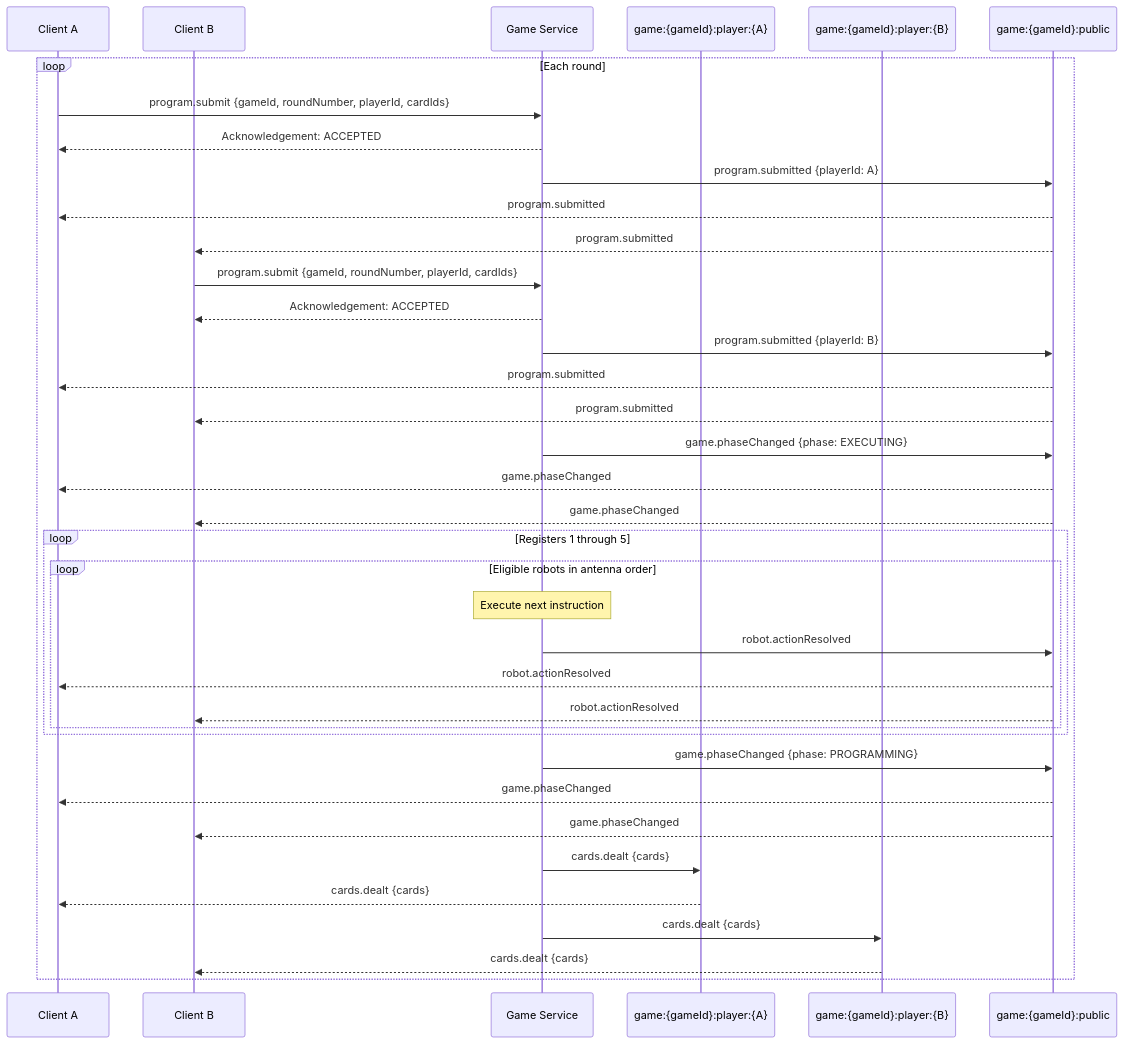
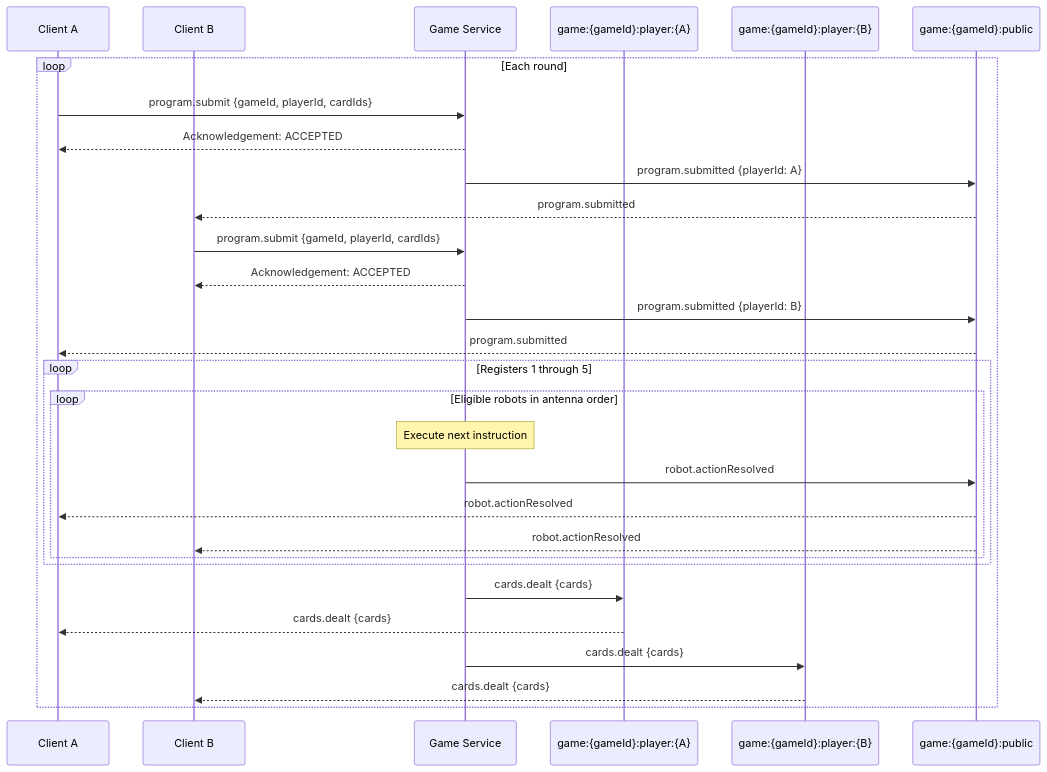
One commit to hananinas/RoboRally changed the second of 2 diagrams in docs/Communication.md. Above: the diagram before and after it, drawn with Mermaid. The commit also changed other lines of this file and 2 other files, not shown here.

````diff
--- a/docs/Communication.md
+++ b/docs/Communication.md
@@ -62,43 +60,34 @@
 ```mermaid
 sequenceDiagram
     participant A as Client A
     participant B as Client B
     participant Server as Game Service
     participant PrivateA as game:{gameId}:player:{A}
     participant PrivateB as game:{gameId}:player:{B}
     participant Public as game:{gameId}:public
 
     loop Each round
-        A->>Server: program.submit {gameId, roundNumber, playerId, cardIds}
+        A->>Server: program.submit {gameId, playerId, cardIds}
         Server-->>A: Acknowledgement: ACCEPTED
         Server->>Public: program.submitted {playerId: A}
-        Public-->>A: program.submitted
         Public-->>B: program.submitted
 
-        B->>Server: program.submit {gameId, roundNumber, playerId, cardIds}
+        B->>Server: program.submit {gameId, playerId, cardIds}
         Server-->>B: Acknowledgement: ACCEPTED
         Server->>Public: program.submitted {playerId: B}
         Public-->>A: program.submitted
-        Public-->>B: program.submitted
-
-        Server->>Public: game.phaseChanged {phase: EXECUTING}
-        Public-->>A: game.phaseChanged
-        Public-->>B: game.phaseChanged
         loop Registers 1 through 5
             loop Eligible robots in antenna order
                 Note over Server: Execute next instruction
                 Server->>Public: robot.actionResolved
                 Public-->>A: robot.actionResolved
                 Public-->>B: robot.actionResolved
             end
         end
 
-        Server->>Public: game.phaseChanged {phase: PROGRAMMING}
-        Public-->>A: game.phaseChanged
-        Public-->>B: game.phaseChanged
         Server->>PrivateA: cards.dealt {cards}
         PrivateA-->>A: cards.dealt {cards}
         Server->>PrivateB: cards.dealt {cards}
         PrivateB-->>B: cards.dealt {cards}
     end
 ```
````
